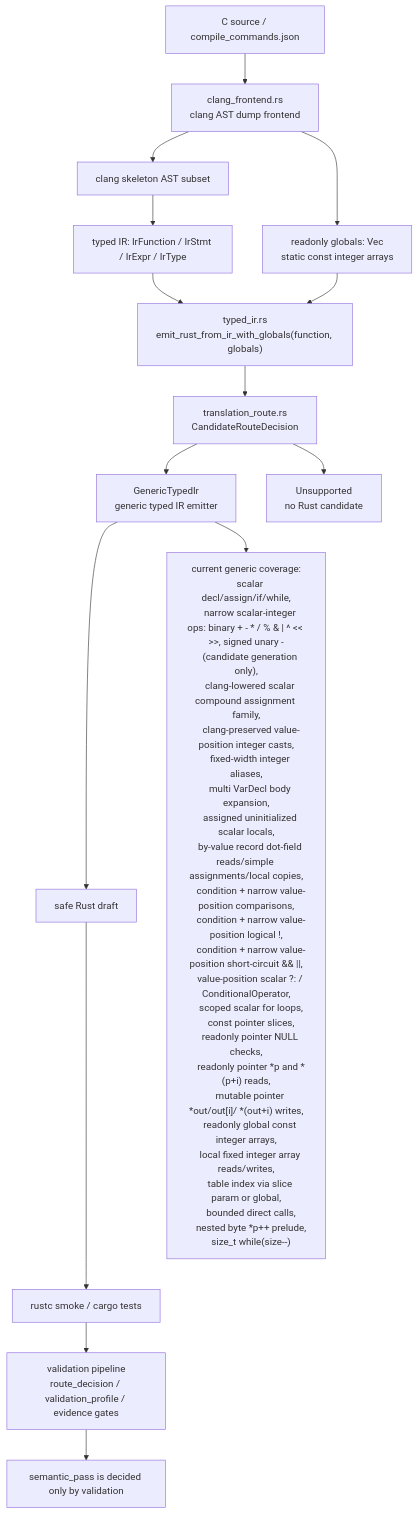
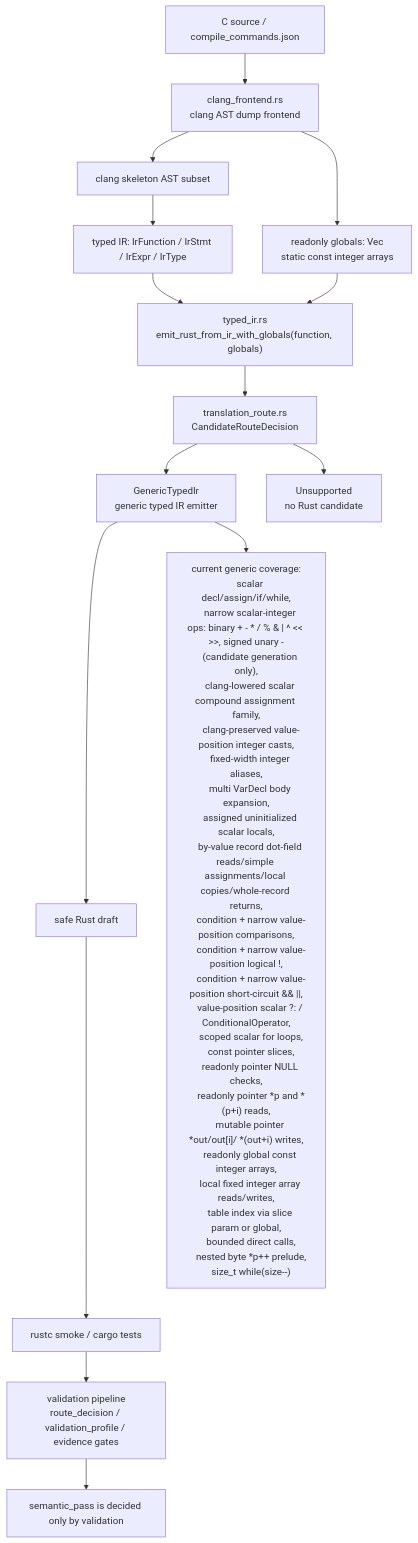
One commit to guoqihan342-svg/c-to-rust changed the diagram in docs/c2rust-migration-agent/core-translation-architecture.en.md. Above: the diagram before and after it, drawn with Mermaid. The commit also changed other lines of this file and 12 other files, not shown here.

````diff
--- a/docs/c2rust-migration-agent/core-translation-architecture.en.md
+++ b/docs/c2rust-migration-agent/core-translation-architecture.en.md
@@ -7,42 +7,42 @@
 ```mermaid
 flowchart TD
     C["C source / compile_commands.json"] --> Clang["clang_frontend.rs<br/>clang AST dump frontend"]
     Clang --> Skeleton["clang skeleton AST subset"]
     Skeleton --> IR["typed IR: IrFunction / IrStmt / IrExpr / IrType"]
     Clang --> Globals["readonly globals: Vec<IrGlobal><br/>static const integer arrays"]
     IR --> EmitCtx["typed_ir.rs<br/>emit_rust_from_ir_with_globals(function, globals)"]
     Globals --> EmitCtx
     EmitCtx --> RouteMeta["translation_route.rs<br/>CandidateRouteDecision"]
     RouteMeta --> Generic["GenericTypedIr<br/>generic typed IR emitter"]
     RouteMeta --> Unsupported["Unsupported<br/>no Rust candidate"]
     Generic --> Rust["safe Rust draft"]
     Rust --> Rustc["rustc smoke / cargo tests"]
     Rustc --> Validation["validation pipeline<br/>route_decision / validation_profile / evidence gates"]
 
     Generic --> Supported["current generic coverage:
     scalar decl/assign/if/while,
     narrow scalar-integer ops: binary + - * / % & | ^ << >>, signed unary -
     (candidate generation only),
     clang-lowered scalar compound assignment family,
     clang-preserved value-position integer casts,
     fixed-width integer aliases,
     multi VarDecl body expansion,
     assigned uninitialized scalar locals,
-    by-value record dot-field reads/simple assignments/local copies,
+    by-value record dot-field reads/simple assignments/local copies/whole-record returns,
     condition + narrow value-position comparisons,
     condition + narrow value-position logical !,
     condition + narrow value-position short-circuit && ||,
     value-position scalar ?: / ConditionalOperator,
     scoped scalar for loops,
     const pointer slices,
     readonly pointer NULL checks,
     readonly pointer *p and *(p+i) reads,
     mutable pointer *out/out[i]/ *(out+i) writes,
     readonly global const integer arrays,
     local fixed integer array reads/writes,
     table index via slice param or global,
     bounded direct calls,
     nested byte *p++ prelude,
     size_t while(size--)"]
     Validation --> Semantic["semantic_pass is decided only by validation"]
 ```
````
